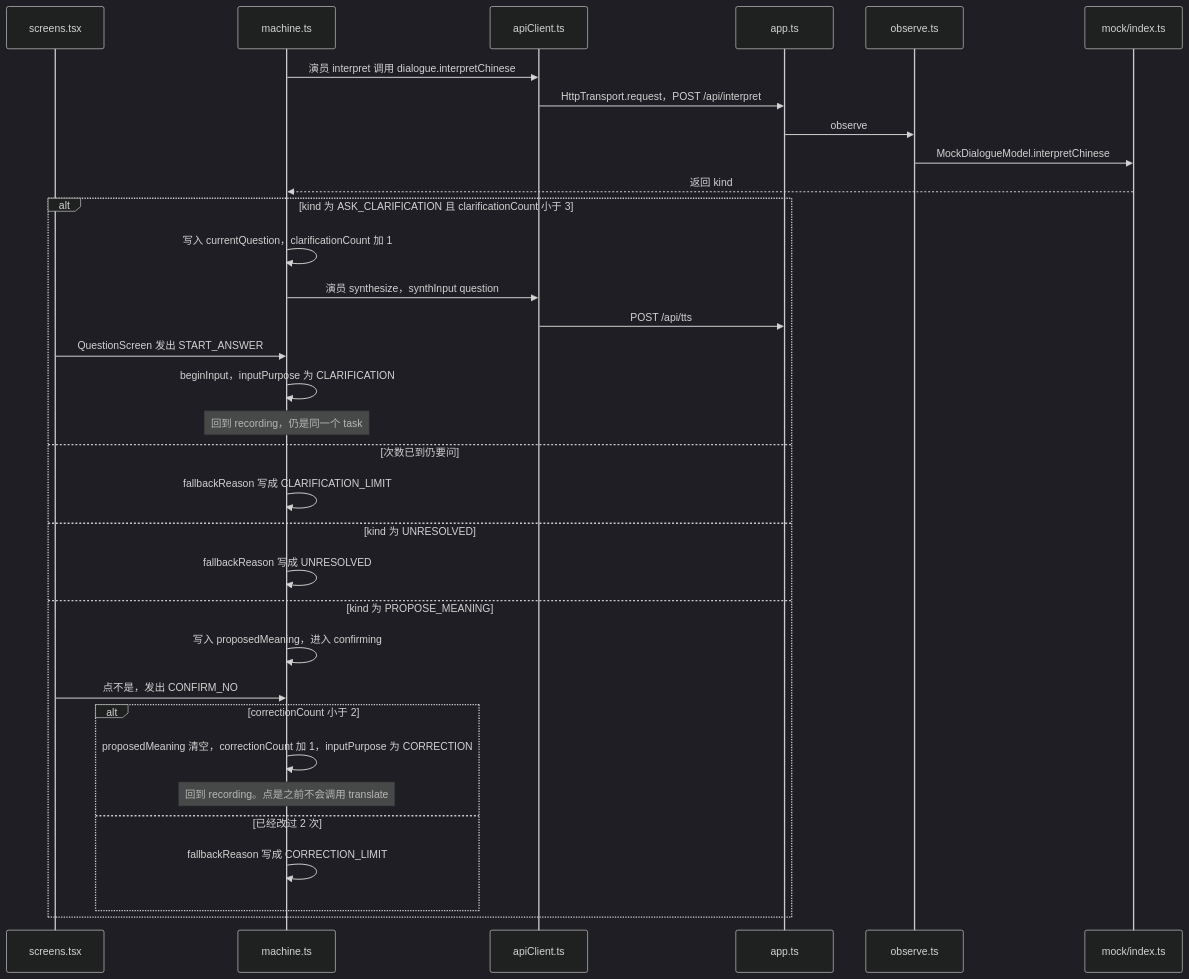
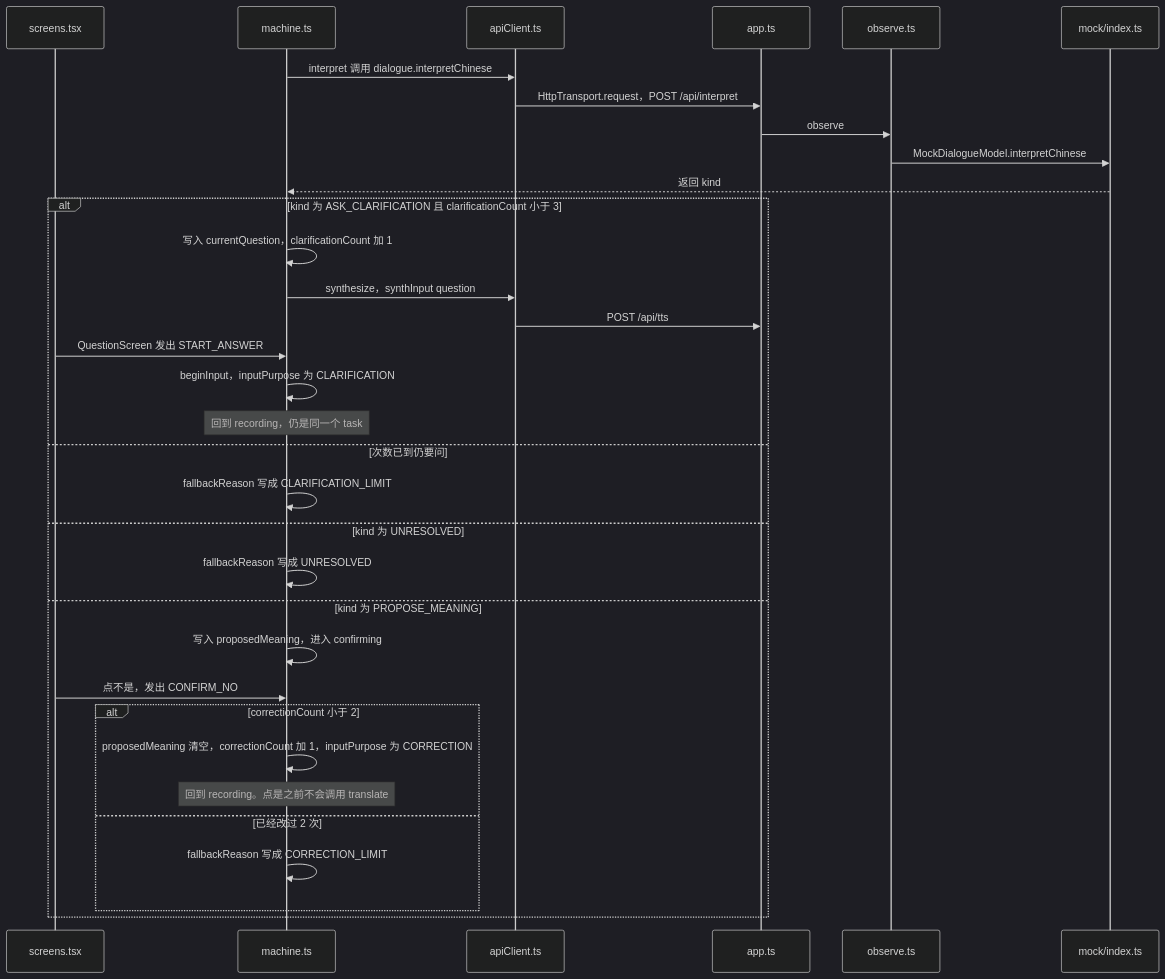
Before and after one commit to SeanSha/LillaTolken: the diagram in docs/01-zh/09-代码详解/功能/02-中文没说清.md, drawn with Mermaid (dark theme). The commit also changed 5 other files, not shown here.

````diff
--- a/docs/01-zh/09-代码详解/功能/02-中文没说清.md
+++ b/docs/01-zh/09-代码详解/功能/02-中文没说清.md
@@ -9,37 +9,37 @@
 ```mermaid
 sequenceDiagram
   participant UI as screens.tsx
   participant M as machine.ts
   participant API as apiClient.ts
   participant SV as app.ts
   participant OB as observe.ts
   participant MK as mock/index.ts
 
-  M->>API: 演员 interpret 调用 dialogue.interpretChinese
+  M->>API: interpret 调用 dialogue.interpretChinese
   API->>SV: HttpTransport.request，POST /api/interpret
   SV->>OB: observe
   OB->>MK: MockDialogueModel.interpretChinese
   MK-->>M: 返回 kind
 
   alt kind 为 ASK_CLARIFICATION 且 clarificationCount 小于 3
     M->>M: 写入 currentQuestion，clarificationCount 加 1
-    M->>API: 演员 synthesize，synthInput question
+    M->>API: synthesize，synthInput question
     API->>SV: POST /api/tts
     UI->>M: QuestionScreen 发出 START_ANSWER
     M->>M: beginInput，inputPurpose 为 CLARIFICATION
     Note over M: 回到 recording，仍是同一个 task
   else 次数已到仍要问
     M->>M: fallbackReason 写成 CLARIFICATION_LIMIT
   else kind 为 UNRESOLVED
     M->>M: fallbackReason 写成 UNRESOLVED
   else kind 为 PROPOSE_MEANING
     M->>M: 写入 proposedMeaning，进入 confirming
     UI->>M: 点不是，发出 CONFIRM_NO
     alt correctionCount 小于 2
       M->>M: proposedMeaning 清空，correctionCount 加 1，inputPurpose 为 CORRECTION
       Note over M: 回到 recording。点是之前不会调用 translate
     else 已经改过 2 次
       M->>M: fallbackReason 写成 CORRECTION_LIMIT
     end
   end
 ```
````
